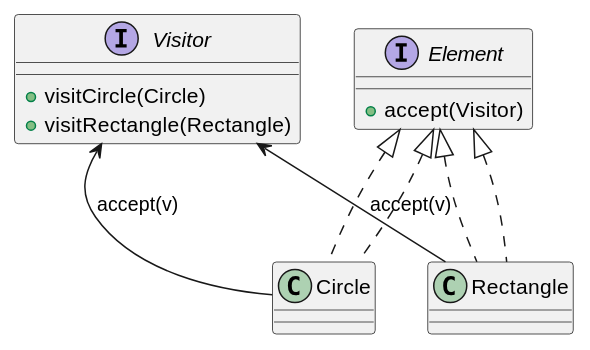
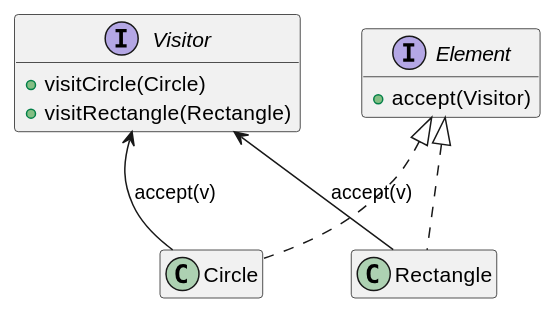
Before and after one commit to traiansf/traiansf.github.io: the first of 8 diagrams in class/amss2025/curs/11-patterns-reloaded.md, drawn with PlantUML. The commit also changed other lines of this file and 2 other files, not shown here.

````diff
--- a/class/amss2025/curs/11-patterns-reloaded.md
+++ b/class/amss2025/curs/11-patterns-reloaded.md
@@ -96,22 +124,20 @@
 ```plantuml
 @startuml
+hide empty members
 interface Visitor {
     +visitCircle(Circle)
     +visitRectangle(Rectangle)
 }
 
 interface Element {
     +accept(Visitor)
 }
 
 class Circle implements Element
 class Rectangle implements Element
 
-Element <|.. Circle
-Element <|.. Rectangle
-
 Visitor <-- Circle : accept(v)
 Visitor <-- Rectangle : accept(v)
 
 @enduml
 ```
````
